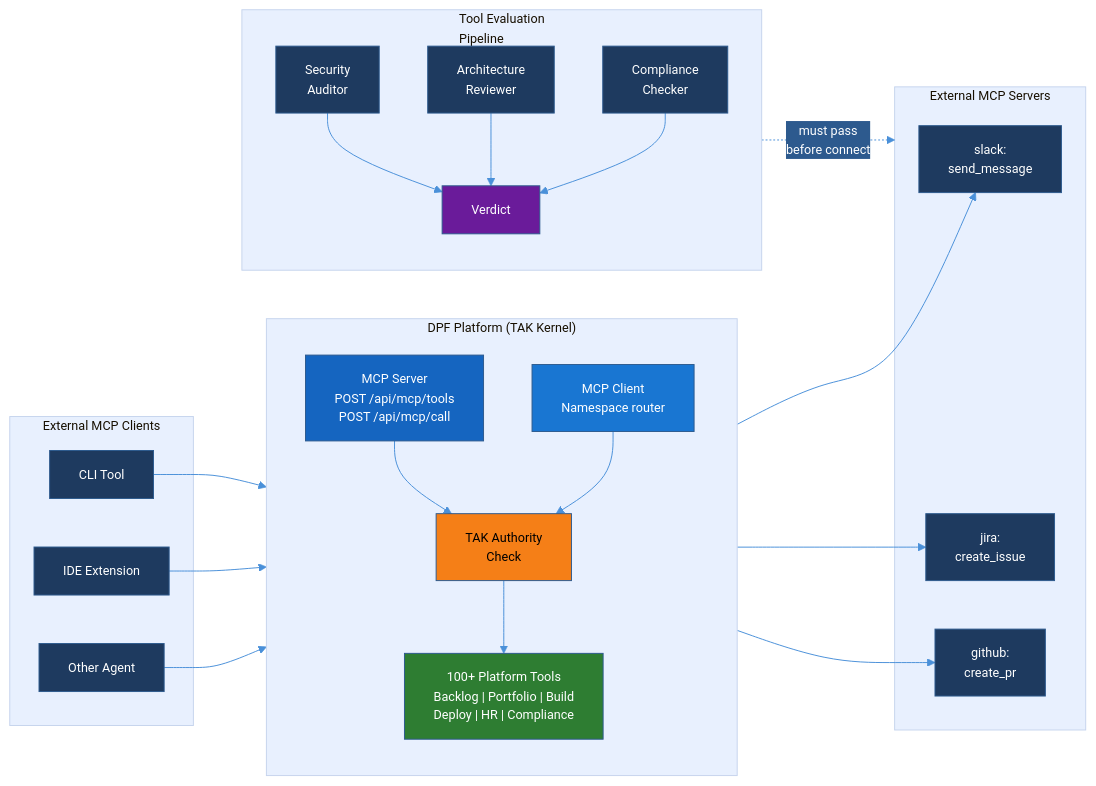
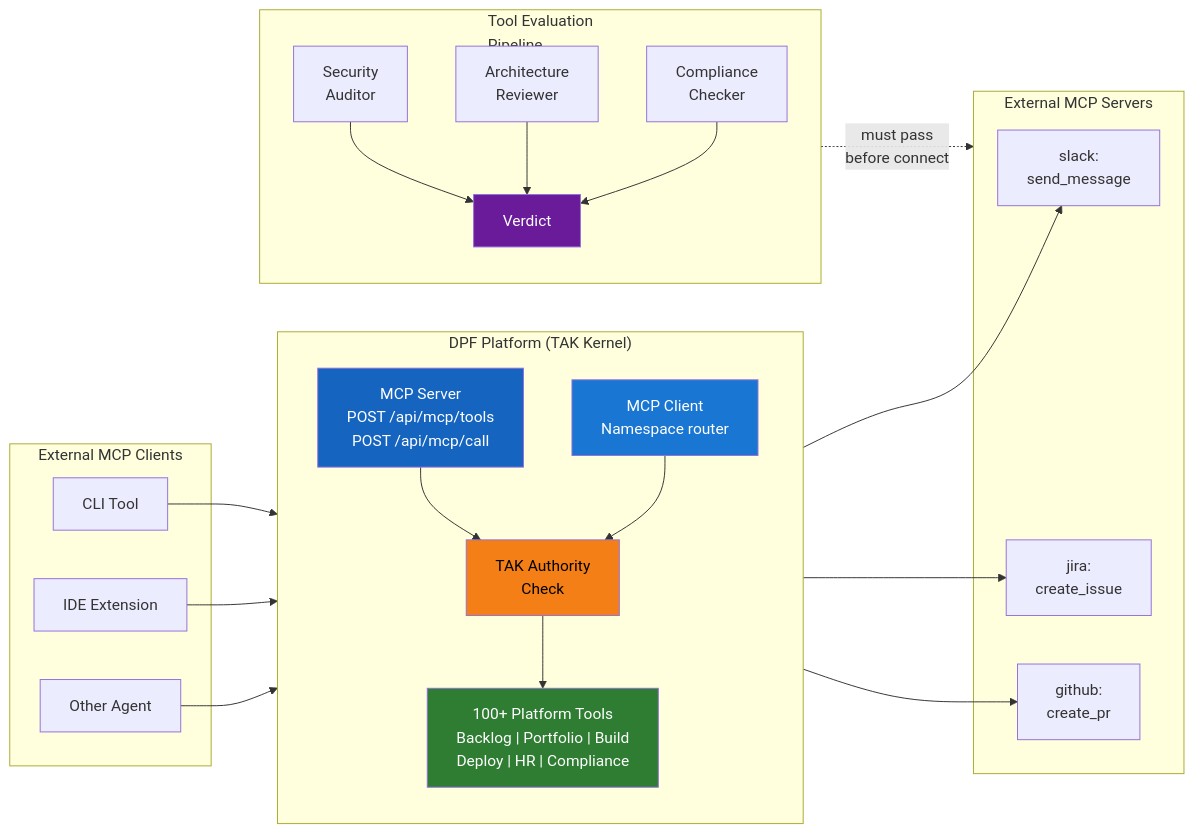
Before and after one commit to OpenDigitalProductFactory/opendigitalproductfactory: the diagram in docs/architecture/tak-diagrams/05-mcp-model.mmd, drawn with Mermaid. The commit also changed 16 other files, not shown here.

First line of the commit message:
fix(diagrams): move mermaid theme to config file for VS Code preview compatibility

```diff
--- a/docs/architecture/tak-diagrams/05-mcp-model.mmd
+++ b/docs/architecture/tak-diagrams/05-mcp-model.mmd
@@ -1,48 +1,47 @@
-%%{init: {'theme': 'base', 'themeVariables': { 'primaryColor': '#1e3a5f', 'primaryTextColor': '#ffffff', 'primaryBorderColor': '#2d5a8e', 'lineColor': '#4a90d9', 'secondaryColor': '#2d5a8e', 'tertiaryColor': '#e8f0fe', 'fontFamily': 'Segoe UI, Arial', 'fontSize': '13px'}}}%%
 flowchart LR
     subgraph EXTERNAL_CLIENTS["External MCP Clients"]
         CLI["CLI Tool"]
         IDE["IDE Extension"]
         OTHER["Other Agent"]
     end
 
     subgraph PLATFORM["DPF Platform (TAK Kernel)"]
         direction TB
         SERVER["MCP Server\nPOST /api/mcp/tools\nPOST /api/mcp/call"]
         TOOLS["100+ Platform Tools\nBacklog | Portfolio | Build\nDeploy | HR | Compliance"]
         CLIENT["MCP Client\nNamespace router"]
         AUTH_CHECK["TAK Authority\nCheck"]
 
         SERVER --> AUTH_CHECK --> TOOLS
         CLIENT --> AUTH_CHECK
     end
 
     subgraph EXTERNAL_SERVERS["External MCP Servers"]
         SLACK["slack:\nsend_message"]
         JIRA["jira:\ncreate_issue"]
         GH["github:\ncreate_pr"]
     end
 
     subgraph EVAL["Tool Evaluation\nPipeline"]
         SEC["Security\nAuditor"]
         ARCH["Architecture\nReviewer"]
         COMP["Compliance\nChecker"]
         VERDICT["Verdict"]
         SEC --> VERDICT
         ARCH --> VERDICT
         COMP --> VERDICT
     end
 
     CLI --> SERVER
     IDE --> SERVER
     OTHER --> SERVER
     CLIENT --> SLACK
     CLIENT --> JIRA
     CLIENT --> GH
     EVAL -.->|"must pass\nbefore connect"| EXTERNAL_SERVERS
 
     style SERVER fill:#1565c0,color:#fff
     style TOOLS fill:#2e7d32,color:#fff
     style CLIENT fill:#1976d2,color:#fff
     style AUTH_CHECK fill:#f57f17,color:#000
     style VERDICT fill:#6a1b9a,color:#fff
```
